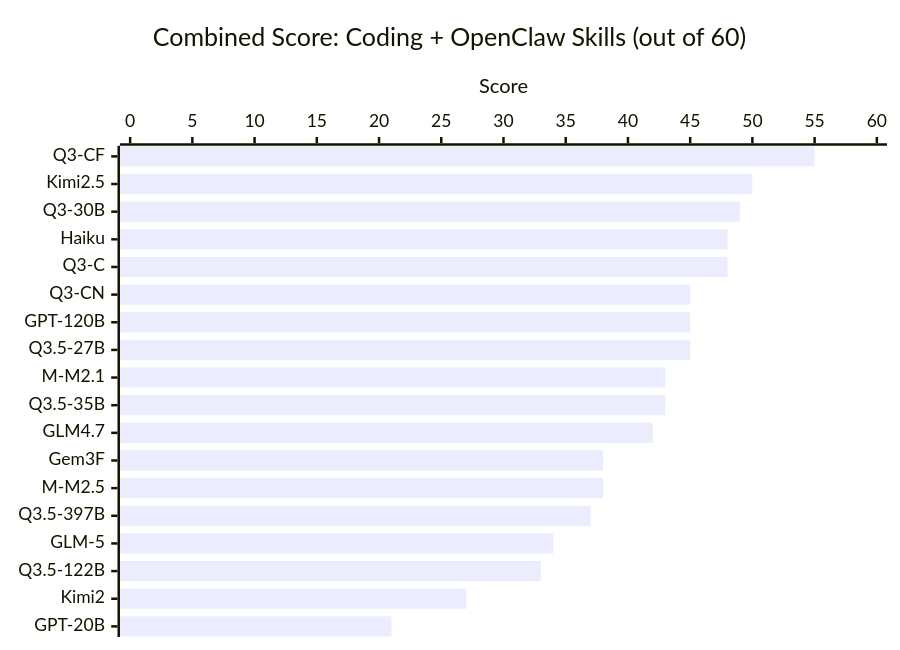
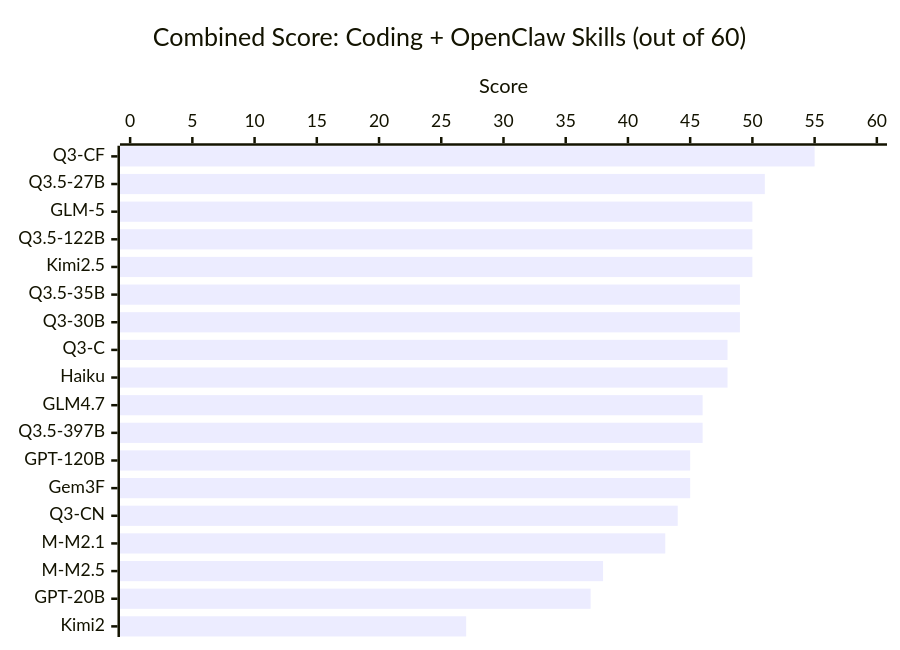
Before and after one commit to ywchiu/local_agentic_llm: the first of 2 diagrams in README.md, drawn with Mermaid. The commit also changed other lines of this file and 11 other files, not shown here.

````diff
--- a/README.md
+++ b/README.md
@@ -18,7 +18,7 @@
 ```mermaid
 xychart-beta horizontal
     title "Combined Score: Coding + OpenClaw Skills (out of 60)"
-    x-axis ["Q3-CF", "Kimi2.5", "Q3-30B", "Haiku", "Q3-C", "Q3-CN", "GPT-120B", "Q3.5-27B", "M-M2.1", "Q3.5-35B", "GLM4.7", "Gem3F", "M-M2.5", "Q3.5-397B", "GLM-5", "Q3.5-122B", "Kimi2", "GPT-20B"]
+    x-axis ["Q3-CF", "Q3.5-27B", "GLM-5", "Q3.5-122B", "Kimi2.5", "Q3.5-35B", "Q3-30B", "Q3-C", "Haiku", "GLM4.7", "Q3.5-397B", "GPT-120B", "Gem3F", "Q3-CN", "M-M2.1", "M-M2.5", "GPT-20B", "Kimi2"]
     y-axis "Score" 0 --> 60
-    bar [55, 50, 49, 48, 48, 45, 45, 45, 43, 43, 42, 38, 38, 37, 34, 33, 27, 21]
+    bar [55, 51, 50, 50, 50, 49, 49, 48, 48, 46, 46, 45, 45, 44, 43, 38, 37, 27]
 ```
````
